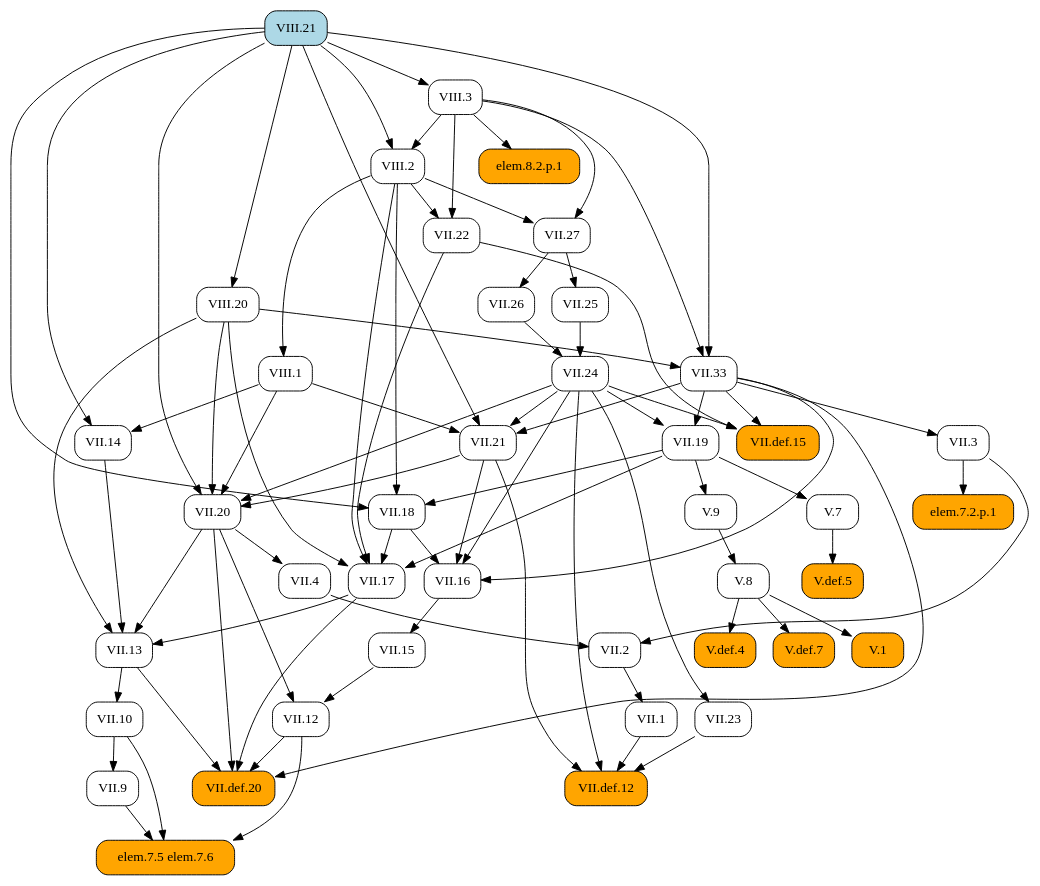
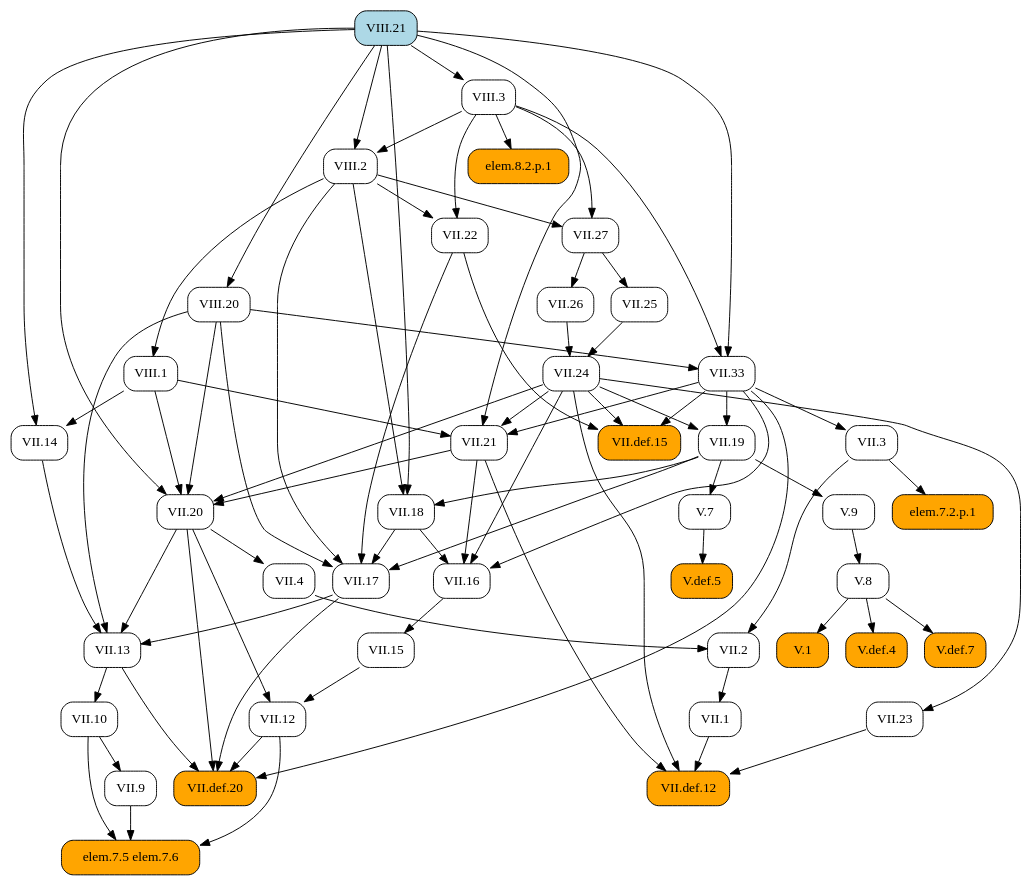
One commit to geometor/elements changed the diagram in docsrc/heath/VIII/21/index.rst. Above: the diagram before and after it, drawn with Graphviz. The commit also changed other lines of this file and 1029 other files, not shown here.

```diff
--- a/docsrc/heath/VIII/21/index.rst
+++ b/docsrc/heath/VIII/21/index.rst
@@ -66,125 +66,125 @@
    digraph {
      rankdir="TB";
      node [shape=box, style=rounded];
-     "V.1" [style="rounded,filled", fillcolor=orange, URL="/heath/V/1/", target="_top"];
+     "VII.1" [URL="/heath/VII/1/", target="_top"];
+     "VII.9" [URL="/heath/VII/9/", target="_top"];
+     "V.def.5" [style="rounded,filled", fillcolor=orange, URL="/heath/V/def.5/", target="_top"];
+     "VII.3" [URL="/heath/VII/3/", target="_top"];
+     "VII.17" [URL="/heath/VII/17/", target="_top"];
+     "elem.7.5 elem.7.6" [style="rounded,filled", fillcolor=orange];
      "VIII.21" [style="rounded,filled", fillcolor=lightblue, URL="/heath/VIII/21/", target="_top"];
+     "V.7" [URL="/heath/V/7/", target="_top"];
+     "V.9" [URL="/heath/V/9/", target="_top"];
+     "VII.13" [URL="/heath/VII/13/", target="_top"];
+     "VII.2" [URL="/heath/VII/2/", target="_top"];
+     "VIII.1" [URL="/heath/VIII/1/", target="_top"];
+     "VIII.2" [URL="/heath/VIII/2/", target="_top"];
      "VII.12" [URL="/heath/VII/12/", target="_top"];
-     "VII.14" [URL="/heath/VII/14/", target="_top"];
-     "VII.13" [URL="/heath/VII/13/", target="_top"];
-     "VII.16" [URL="/heath/VII/16/", target="_top"];
-     "V.def.4" [style="rounded,filled", fillcolor=orange, URL="/heath/V/def.4/", target="_top"];
+     "VII.24" [URL="/heath/VII/24/", target="_top"];
+     "VII.def.12" [style="rounded,filled", fillcolor=orange, URL="/heath/VII/def.12/", target="_top"];
+     "V.8" [URL="/heath/V/8/", target="_top"];
+     "VII.33" [URL="/heath/VII/33/", target="_top"];
+     "elem.7.2.p.1" [style="rounded,filled", fillcolor=orange];
+     "VII.10" [URL="/heath/VII/10/", target="_top"];
      "VII.def.15" [style="rounded,filled", fillcolor=orange, URL="/heath/VII/def.15/", target="_top"];
      "VII.18" [URL="/heath/VII/18/", target="_top"];
-     "V.8" [URL="/heath/V/8/", target="_top"];
+     "VII.19" [URL="/heath/VII/19/", target="_top"];
+     "VII.16" [URL="/heath/VII/16/", target="_top"];
+     "VII.26" [URL="/heath/VII/26/", target="_top"];
+     "VII.4" [URL="/heath/VII/4/", target="_top"];
+     "VII.25" [URL="/heath/VII/25/", target="_top"];
      "VII.21" [URL="/heath/VII/21/", target="_top"];
+     "V.1" [style="rounded,filled", fillcolor=orange, URL="/heath/V/1/", target="_top"];
+     "VII.20" [URL="/heath/VII/20/", target="_top"];
+     "VII.14" [URL="/heath/VII/14/", target="_top"];
+     "VII.27" [URL="/heath/VII/27/", target="_top"];
+     "VIII.3" [URL="/heath/VIII/3/", target="_top"];
+     "V.def.4" [style="rounded,filled", fillcolor=orange, URL="/heath/V/def.4/", target="_top"];
+     "VII.22" [URL="/heath/VII/22/", target="_top"];
      "VIII.20" [URL="/heath/VIII/20/", target="_top"];
-     "V.7" [URL="/heath/V/7/", target="_top"];
-     "VII.def.12" [style="rounded,filled", fillcolor=orange, URL="/heath/VII/def.12/", target="_top"];
+     "V.def.7" [style="rounded,filled", fillcolor=orange, URL="/heath/V/def.7/", target="_top"];
+     "VII.23" [URL="/heath/VII/23/", target="_top"];
      "VII.15" [URL="/heath/VII/15/", target="_top"];
-     "VII.2" [URL="/heath/VII/2/", target="_top"];
      "VII.def.20" [style="rounded,filled", fillcolor=orange, URL="/heath/VII/def.20/", target="_top"];
-     "VII.3" [URL="/heath/VII/3/", target="_top"];
-     "elem.7.5 elem.7.6" [style="rounded,filled", fillcolor=orange];
      "elem.8.2.p.1" [style="rounded,filled", fillcolor=orange];
-     "VII.10" [URL="/heath/VII/10/", target="_top"];
-     "V.def.7" [style="rounded,filled", fillcolor=orange, URL="/heath/V/def.7/", target="_top"];
-     "VII.20" [URL="/heath/VII/20/", target="_top"];
-     "VII.9" [URL="/heath/VII/9/", target="_top"];
-     "VIII.1" [URL="/heath/VIII/1/", target="_top"];
-     "VII.25" [URL="/heath/VII/25/", target="_top"];
-     "VII.23" [URL="/heath/VII/23/", target="_top"];
-     "VII.27" [URL="/heath/VII/27/", target="_top"];
-     "VIII.2" [URL="/heath/VIII/2/", target="_top"];
-     "VII.24" [URL="/heath/VII/24/", target="_top"];
-     "VIII.3" [URL="/heath/VIII/3/", target="_top"];
-     "VII.19" [URL="/heath/VII/19/", target="_top"];
-     "VII.4" [URL="/heath/VII/4/", target="_top"];
-     "elem.7.2.p.1" [style="rounded,filled", fillcolor=orange];
-     "V.9" [URL="/heath/V/9/", target="_top"];
-     "VII.26" [URL="/heath/VII/26/", target="_top"];
-     "VII.1" [URL="/heath/VII/1/", target="_top"];
-     "VII.22" [URL="/heath/VII/22/", target="_top"];
-     "VII.33" [URL="/heath/VII/33/", target="_top"];
-     "V.def.5" [style="rounded,filled", fillcolor=orange, URL="/heath/V/def.5/", target="_top"];
-     "VII.17" [URL="/heath/VII/17/", target="_top"];
-     "V.8" -> "V.1";
-     "VII.15" -> "VII.12";
-     "VII.20" -> "VII.12";
-     "VIII.1" -> "VII.14";
-     "VIII.21" -> "VII.14";
+     "VII.2" -> "VII.1";
+     "VII.10" -> "VII.9";
+     "V.7" -> "V.def.5";
+     "VII.33" -> "VII.3";
+     "VII.18" -> "VII.17";
+     "VII.19" -> "VII.17";
+     "VII.22" -> "VII.17";
+     "VIII.2" -> "VII.17";
+     "VIII.20" -> "VII.17";
+     "VII.9" -> "elem.7.5 elem.7.6";
+     "VII.10" -> "elem.7.5 elem.7.6";
+     "VII.12" -> "elem.7.5 elem.7.6";
+     "VII.19" -> "V.7";
+     "VII.19" -> "V.9";
      "VII.14" -> "VII.13";
      "VII.17" -> "VII.13";
      "VII.20" -> "VII.13";
      "VIII.20" -> "VII.13";
-     "VII.18" -> "VII.16";
-     "VII.21" -> "VII.16";
-     "VII.24" -> "VII.16";
-     "VII.33" -> "VII.16";
-     "V.8" -> "V.def.4";
+     "VII.3" -> "VII.2";
+     "VII.4" -> "VII.2";
+     "VIII.2" -> "VIII.1";
+     "VIII.3" -> "VIII.2";
+     "VIII.21" -> "VIII.2";
+     "VII.15" -> "VII.12";
+     "VII.20" -> "VII.12";
+     "VII.25" -> "VII.24";
+     "VII.26" -> "VII.24";
+     "VII.1" -> "VII.def.12";
+     "VII.21" -> "VII.def.12";
+     "VII.23" -> "VII.def.12";
+     "VII.24" -> "VII.def.12";
+     "V.9" -> "V.8";
+     "VIII.3" -> "VII.33";
+     "VIII.20" -> "VII.33";
+     "VIII.21" -> "VII.33";
+     "VII.3" -> "elem.7.2.p.1";
+     "VII.13" -> "VII.10";
      "VII.22" -> "VII.def.15";
      "VII.24" -> "VII.def.15";
      "VII.33" -> "VII.def.15";
      "VII.19" -> "VII.18";
      "VIII.2" -> "VII.18";
      "VIII.21" -> "VII.18";
-     "V.9" -> "V.8";
+     "VII.24" -> "VII.19";
+     "VII.33" -> "VII.19";
+     "VII.18" -> "VII.16";
+     "VII.21" -> "VII.16";
+     "VII.24" -> "VII.16";
+     "VII.33" -> "VII.16";
+     "VII.27" -> "VII.26";
+     "VII.20" -> "VII.4";
+     "VII.27" -> "VII.25";
      "VII.24" -> "VII.21";
      "VII.33" -> "VII.21";
      "VIII.1" -> "VII.21";
      "VIII.21" -> "VII.21";
+     "V.8" -> "V.1";
+     "VII.21" -> "VII.20";
+     "VII.24" -> "VII.20";
+     "VIII.1" -> "VII.20";
+     "VIII.20" -> "VII.20";
+     "VIII.21" -> "VII.20";
+     "VIII.1" -> "VII.14";
+     "VIII.21" -> "VII.14";
+     "VIII.2" -> "VII.27";
+     "VIII.3" -> "VII.27";
+     "VIII.21" -> "VIII.3";
+     "V.8" -> "V.def.4";
+     "VIII.2" -> "VII.22";
+     "VIII.3" -> "VII.22";
      "VIII.21" -> "VIII.20";
-     "VII.19" -> "V.7";
-     "VII.1" -> "VII.def.12";
-     "VII.21" -> "VII.def.12";
-     "VII.23" -> "VII.def.12";
-     "VII.24" -> "VII.def.12";
+     "V.8" -> "V.def.7";
+     "VII.24" -> "VII.23";
      "VII.16" -> "VII.15";
-     "VII.3" -> "VII.2";
-     "VII.4" -> "VII.2";
      "VII.12" -> "VII.def.20";
      "VII.13" -> "VII.def.20";
      "VII.17" -> "VII.def.20";
      "VII.20" -> "VII.def.20";
      "VII.33" -> "VII.def.20";
-     "VII.33" -> "VII.3";
-     "VII.9" -> "elem.7.5 elem.7.6";
-     "VII.10" -> "elem.7.5 elem.7.6";
-     "VII.12" -> "elem.7.5 elem.7.6";
      "VIII.3" -> "elem.8.2.p.1";
-     "VII.13" -> "VII.10";
-     "V.8" -> "V.def.7";
-     "VII.21" -> "VII.20";
-     "VII.24" -> "VII.20";
-     "VIII.1" -> "VII.20";
-     "VIII.20" -> "VII.20";
-     "VIII.21" -> "VII.20";
-     "VII.10" -> "VII.9";
-     "VIII.2" -> "VIII.1";
-     "VII.27" -> "VII.25";
-     "VII.24" -> "VII.23";
-     "VIII.2" -> "VII.27";
-     "VIII.3" -> "VII.27";
-     "VIII.3" -> "VIII.2";
-     "VIII.21" -> "VIII.2";
-     "VII.25" -> "VII.24";
-     "VII.26" -> "VII.24";
-     "VIII.21" -> "VIII.3";
-     "VII.24" -> "VII.19";
-     "VII.33" -> "VII.19";
-     "VII.20" -> "VII.4";
-     "VII.3" -> "elem.7.2.p.1";
-     "VII.19" -> "V.9";
-     "VII.27" -> "VII.26";
-     "VII.2" -> "VII.1";
-     "VIII.2" -> "VII.22";
-     "VIII.3" -> "VII.22";
-     "VIII.3" -> "VII.33";
-     "VIII.20" -> "VII.33";
-     "VIII.21" -> "VII.33";
-     "V.7" -> "V.def.5";
-     "VII.18" -> "VII.17";
-     "VII.19" -> "VII.17";
-     "VII.22" -> "VII.17";
-     "VIII.2" -> "VII.17";
-     "VIII.20" -> "VII.17";
    }
```
